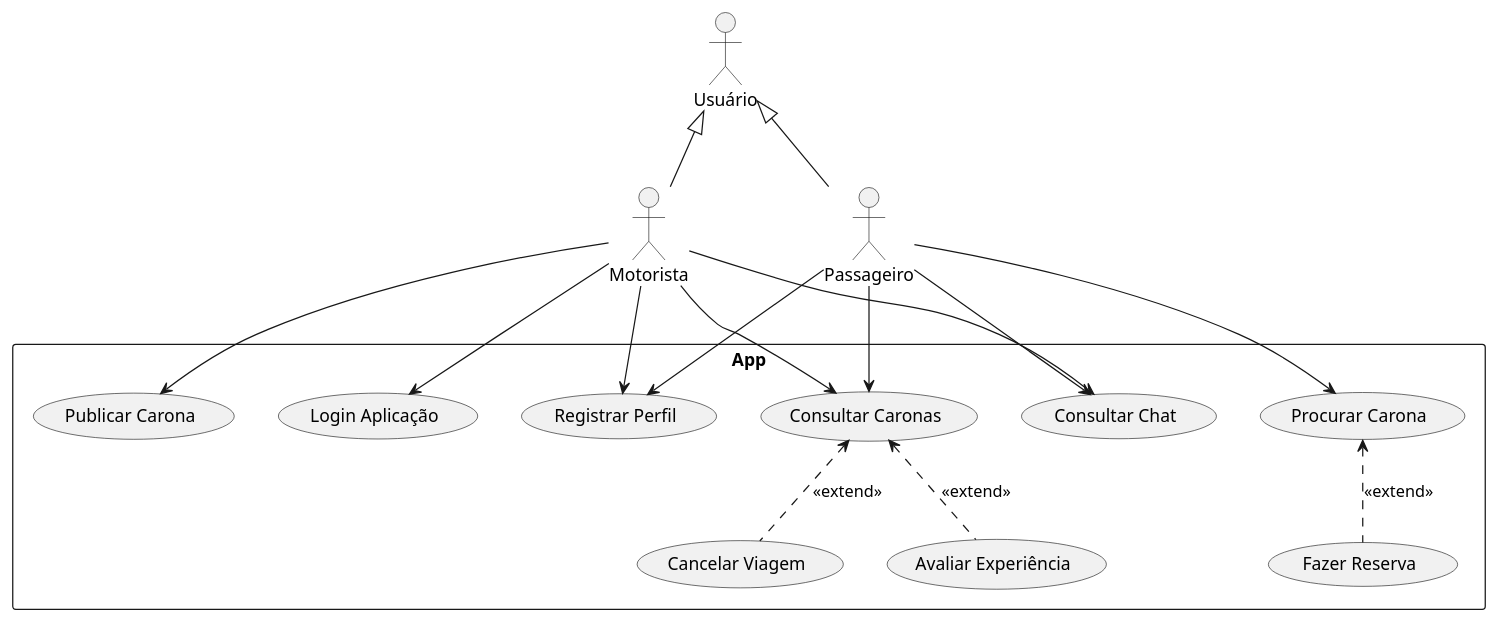
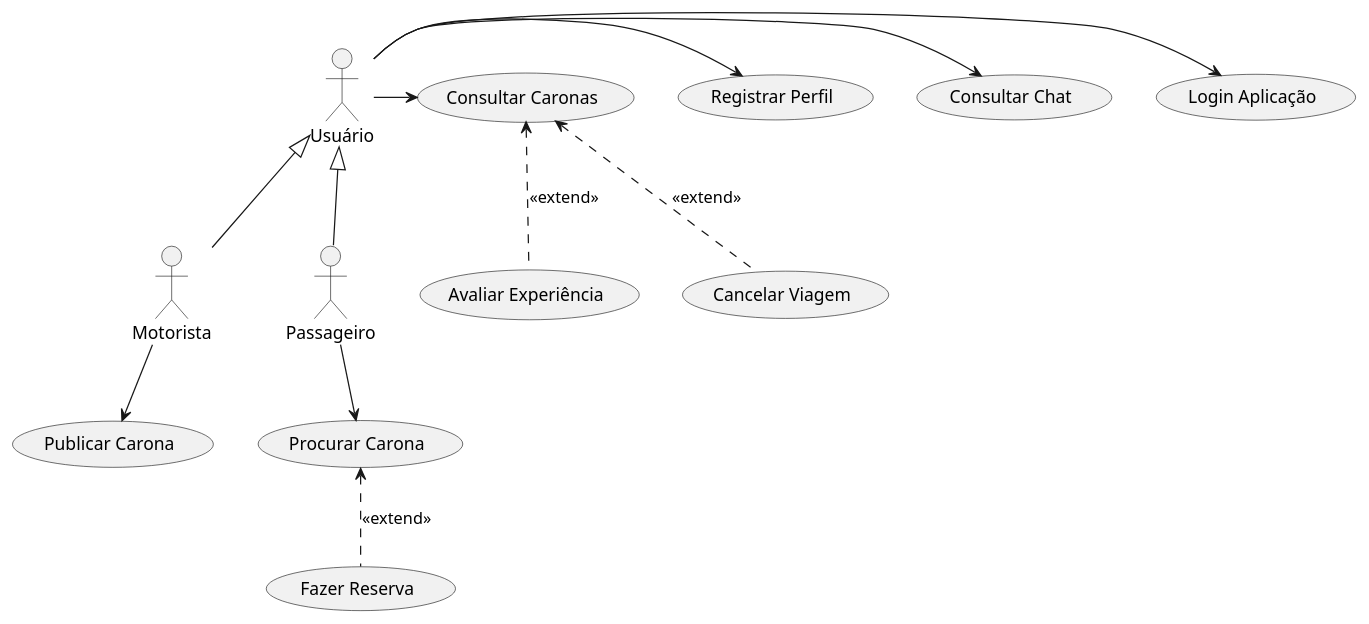
The diagram in docs/usecase/usecases.puml (Pesagniya/FATEC-Ride), drawn with PlantUML before and after one commit.

```diff
--- a/docs/usecase/usecases.puml
+++ b/docs/usecase/usecases.puml
@@ -1,43 +1,34 @@
 @startuml
 skinparam packageStyle rectangle
 
 actor Usuário as user
 actor Motorista as driver
 actor Passageiro as passenger
 
 user <|-- driver
 user <|-- passenger
+  
+usecase "Publicar Carona" as publicate
+usecase "Fazer Reserva" as interest
+usecase "Avaliar Experiência" as rateExp
+usecase "Procurar Carona" as search
+usecase "Cancelar Viagem" as cancel
+usecase "Registrar Perfil" as register
+usecase "Login Aplicação" as login
+usecase "Consultar Chat" as talk
+usecase "Consultar Caronas" as consult
 
-rectangle "App" {
-  
-    usecase "Publicar Carona" as publicate
-    usecase "Fazer Reserva" as interest
-    usecase "Avaliar Experiência" as rateExp
-    usecase "Procurar Carona" as search
-    usecase "Cancelar Viagem" as cancel
-    usecase "Registrar Perfil" as register
-    usecase "Login Aplicação" as login
-    usecase "Consultar Chat" as talk
-    usecase "Consultar Caronas" as consult
+search <.. interest  : <<extend>>
+consult <.. cancel  : <<extend>>
+consult <.. rateExp  : <<extend>>
 
+user -> login
+user -> talk
+user -> register
+user -> consult
 
-    search <.. interest  : <<extend>>
-    consult <.. cancel  : <<extend>>
-    consult <.. rateExp  : <<extend>>
+driver --> publicate
 
+passenger --> search
 
-    driver --> publicate
-    driver --> register
-    driver --> login
-    driver --> talk
-    driver --> consult
-
-
-
-    passenger --> register
-    passenger --> search
-    passenger --> talk
-    passenger --> consult
-
-}
 @enduml
```
